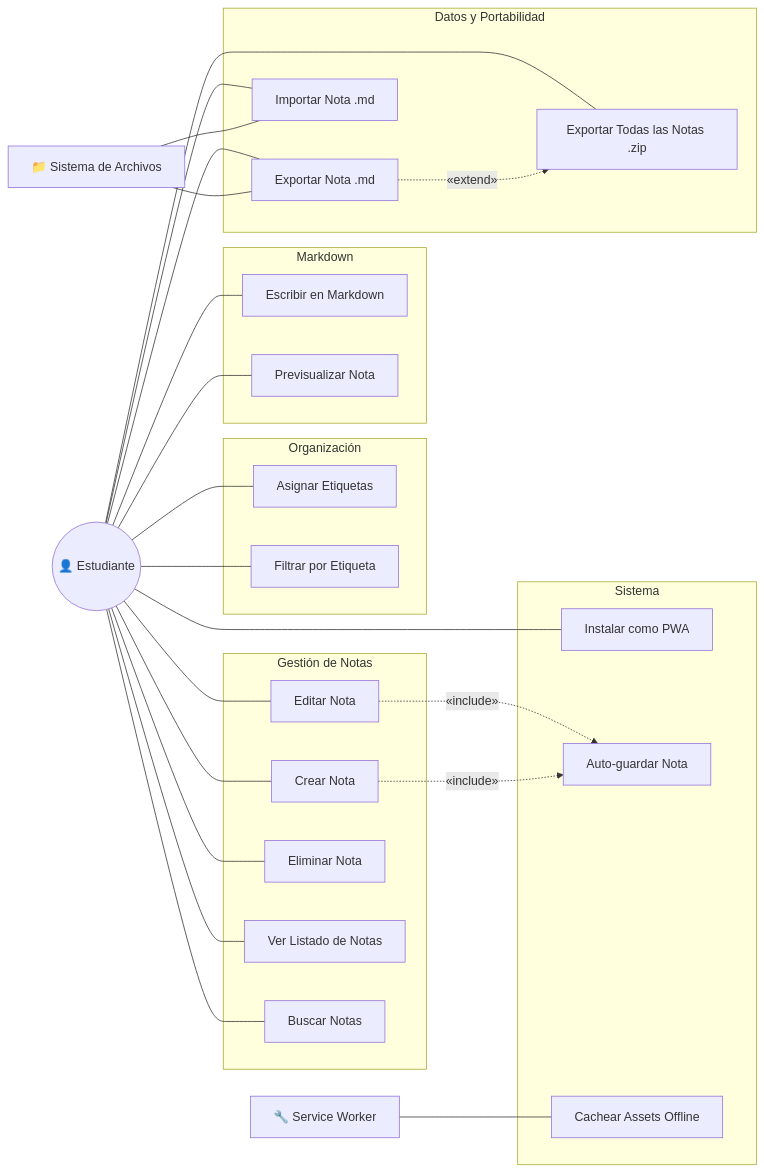
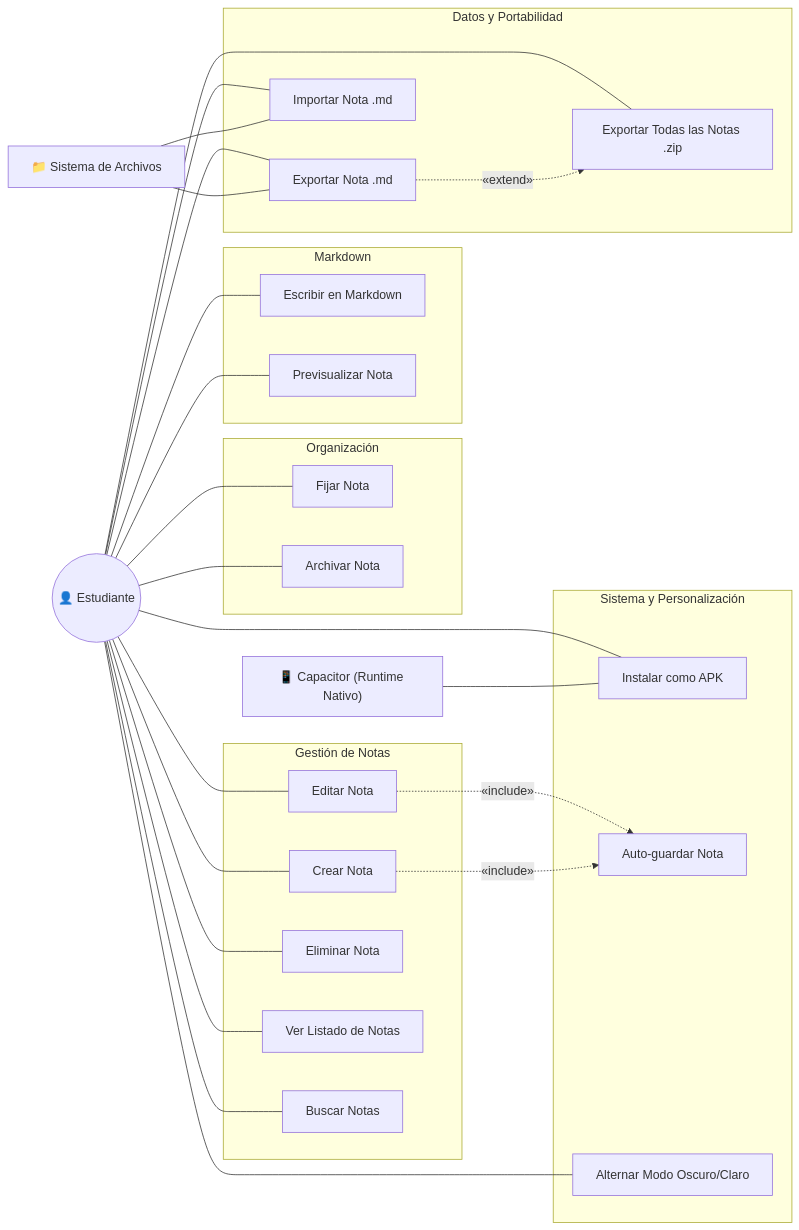
One commit to jdfesa/lumapse changed the diagram in docs/diagramas/casos-de-uso.md. Above: the diagram before and after it, drawn with Mermaid. The commit also changed other lines of this file, not shown here.

````diff
--- a/docs/diagramas/casos-de-uso.md
+++ b/docs/diagramas/casos-de-uso.md
@@ -17,69 +19,70 @@
 ```mermaid
 flowchart LR
     %% ── Actores ──
     EST(("👤 Estudiante"))
-    SW["🔧 Service Worker"]
+    CAP["📱 Capacitor (Runtime Nativo)"]
     FS["📁 Sistema de Archivos"]
 
     %% ── Casos de Uso: Gestión de Notas ──
     subgraph NOTAS ["Gestión de Notas"]
         UC01["Crear Nota"]
         UC02["Editar Nota"]
         UC03["Eliminar Nota"]
         UC04["Ver Listado de Notas"]
         UC05["Buscar Notas"]
     end
 
     %% ── Casos de Uso: Organización ──
     subgraph ORG ["Organización"]
-        UC06["Asignar Etiquetas"]
-        UC07["Filtrar por Etiqueta"]
+        UC06["Fijar Nota"]
+        UC07["Archivar Nota"]
     end
 
     %% ── Casos de Uso: Markdown ──
     subgraph MD ["Markdown"]
         UC08["Escribir en Markdown"]
         UC09["Previsualizar Nota"]
     end
 
     %% ── Casos de Uso: Datos ──
     subgraph DATOS ["Datos y Portabilidad"]
         UC10["Exportar Nota .md"]
         UC11["Importar Nota .md"]
         UC12["Exportar Todas las Notas .zip"]
     end
 
     %% ── Casos de Uso: Sistema ──
-    subgraph SIS ["Sistema"]
-        UC13["Instalar como PWA"]
+    subgraph SIS ["Sistema y Personalización"]
+        UC13["Instalar como APK"]
         UC14["Auto-guardar Nota"]
-        UC15["Cachear Assets Offline"]
+        UC15["Alternar Modo Oscuro/Claro"]
     end
 
     %% ── Relaciones: Estudiante ──
     EST --- UC01
     EST --- UC02
     EST --- UC03
     EST --- UC04
     EST --- UC05
     EST --- UC06
     EST --- UC07
     EST --- UC08
     EST --- UC09
     EST --- UC10
     EST --- UC11
     EST --- UC12
     EST --- UC13
+    EST --- UC15
 
     %% ── Relaciones: include ──
     UC02 -.->|"«include»"| UC14
     UC01 -.->|"«include»"| UC14
 
     %% ── Relaciones: extend ──
     UC10 -.->|"«extend»"| UC12
 
     %% ── Relaciones: Sistema ──
-    SW --- UC15
+    CAP --- UC13
     FS --- UC10
     FS --- UC11
 ```
````
